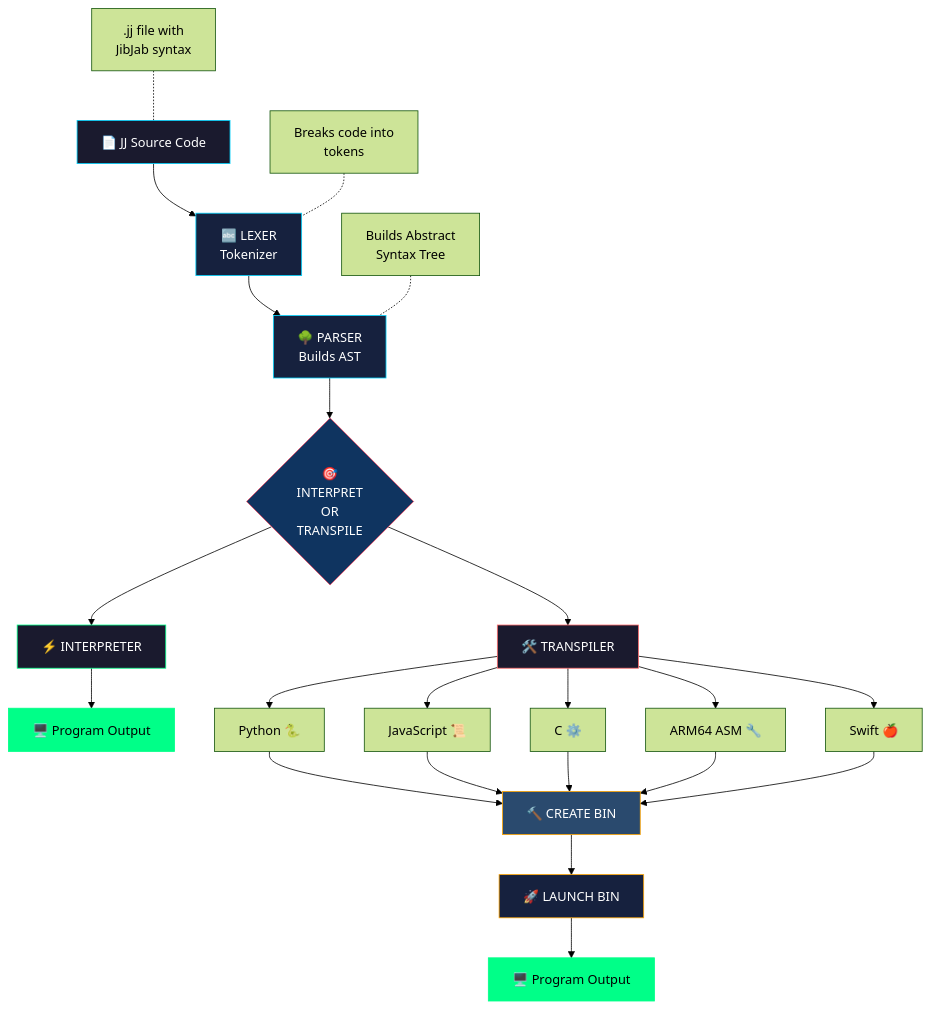
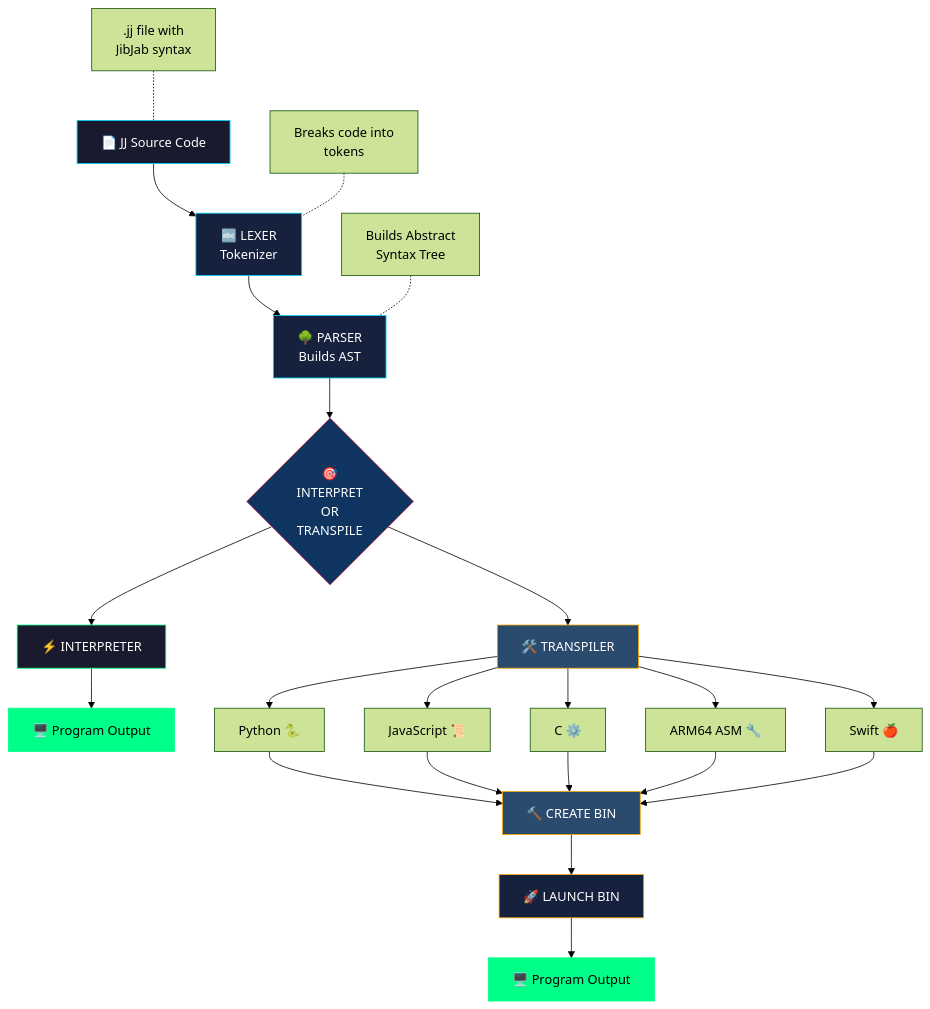
The diagram in README.md (SuperBox64/JibberJabber), drawn with Mermaid (forest theme) before and after one commit.

````diff
--- a/README.md
+++ b/README.md
@@ -375,40 +375,40 @@
 ```mermaid
 flowchart TD
     A[📄 JJ Source Code] --> B[🔤 LEXER<br>Tokenizer]
     B --> C[🌳 PARSER<br>Builds AST]
     C --> D{🎯<br>INTERPRET<br>OR<br>TRANSPILE}
 
     A1[".jj file with<br>JibJab syntax"] -.- A
     B1["Breaks code into<br>tokens"] -.- B
     C1["Builds Abstract<br>Syntax Tree"] -.- C
 
     D --> E[⚡ INTERPRETER]
     E --> F[🖥️ Program Output]
 
     D --> G[🛠️ TRANSPILER]
     G --> H[Python 🐍]
     G --> I[JavaScript 📜]
     G --> J[C ⚙️]
     G --> K[ARM64 ASM 🔧]
     G --> L[Swift 🍎]
 
     H --> M[🔨 CREATE BIN]
     I --> M
     J --> M
     K --> M
     L --> M
     M --> N[🚀 LAUNCH BIN]
     N --> O[🖥️ Program Output]
 
     style M fill:#2a4a6e,stroke:#ffa500,color:#fff
     style N fill:#16213e,stroke:#ffa500,color:#fff
     style O fill:#00ff88,stroke:#00ff88,color:#000
 
     style A fill:#1a1a2e,stroke:#00d4ff,color:#fff
     style B fill:#16213e,stroke:#00d4ff,color:#fff
     style C fill:#16213e,stroke:#00d4ff,color:#fff
     style D fill:#0f3460,stroke:#e94560,color:#fff
     style E fill:#1a1a2e,stroke:#00ff88,color:#fff
     style F fill:#00ff88,stroke:#00ff88,color:#000
-    style G fill:#1a1a2e,stroke:#ff6b6b,color:#fff
+    style G fill:#2a4a6e,stroke:#ffa500,color:#fff
 ```
````
